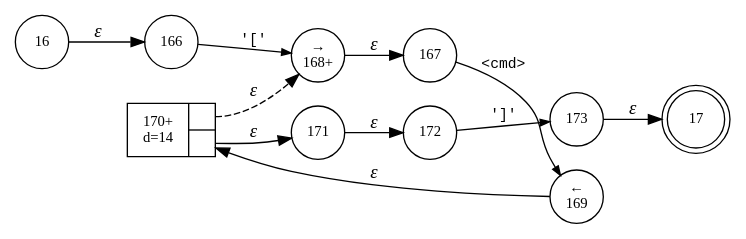
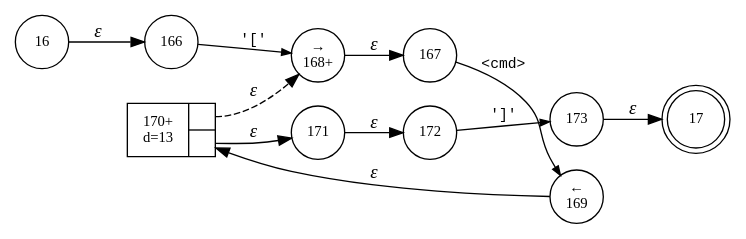
Before and after one commit to Shinigami072/Compilers-LogoInterpreter: the diagram in interpreter/logo/logo.block.dot, drawn with Graphviz. The commit also changed 20 other files, not shown here.

```diff
--- a/interpreter/logo/logo.block.dot
+++ b/interpreter/logo/logo.block.dot
@@ -1,23 +1,23 @@
 digraph ATN {
 rankdir=LR;
 s17[fontsize=11, label="17", shape=doublecircle, fixedsize=true, width=.6];
 s16[fontsize=11,label="16", shape=circle, fixedsize=true, width=.55, peripheries=1];
 s166[fontsize=11,label="166", shape=circle, fixedsize=true, width=.55, peripheries=1];
 s167[fontsize=11,label="167", shape=circle, fixedsize=true, width=.55, peripheries=1];
 s168[fontsize=11,label="&rarr;\n168+", shape=circle, fixedsize=true, width=.55, peripheries=1];
 s169[fontsize=11,label="&larr;\n169", shape=circle, fixedsize=true, width=.55, peripheries=1];
-s170[fontsize=11,label="{170+\nd=14|{<p0>|<p1>}}", shape=record, fixedsize=false, peripheries=1];
+s170[fontsize=11,label="{170+\nd=13|{<p0>|<p1>}}", shape=record, fixedsize=false, peripheries=1];
 s171[fontsize=11,label="171", shape=circle, fixedsize=true, width=.55, peripheries=1];
 s172[fontsize=11,label="172", shape=circle, fixedsize=true, width=.55, peripheries=1];
 s173[fontsize=11,label="173", shape=circle, fixedsize=true, width=.55, peripheries=1];
 s16 -> s166 [fontname="Times-Italic", label="&epsilon;"];
 s166 -> s168 [fontsize=11, fontname="Courier", arrowsize=.7, label = "'['", arrowhead = normal];
 s168 -> s167 [fontname="Times-Italic", label="&epsilon;"];
 s167 -> s169 [fontsize=11, fontname="Courier", arrowsize=.7, label = "<cmd>", arrowhead = normal];
 s169 -> s170 [fontname="Times-Italic", label="&epsilon;"];
 s170:p0 -> s168 [fontname="Times-Italic", label="&epsilon;", style="dashed"];
 s170:p1 -> s171 [fontname="Times-Italic", label="&epsilon;"];
 s171 -> s172 [fontname="Times-Italic", label="&epsilon;"];
 s172 -> s173 [fontsize=11, fontname="Courier", arrowsize=.7, label = "']'", arrowhead = normal];
 s173 -> s17 [fontname="Times-Italic", label="&epsilon;"];
 }
```
